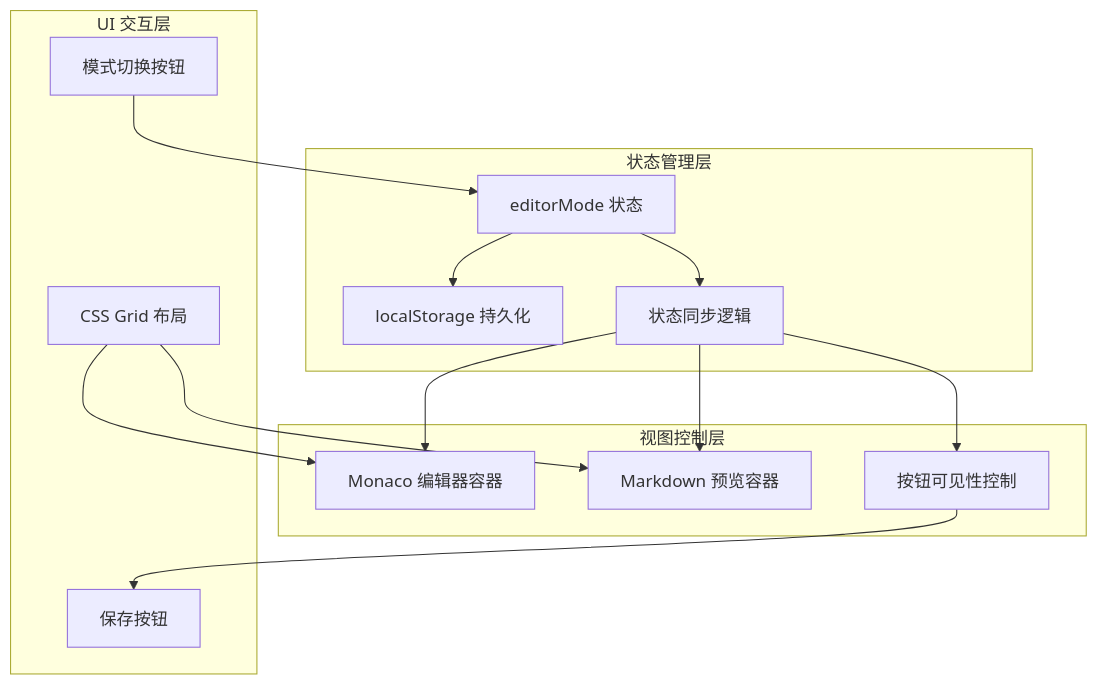
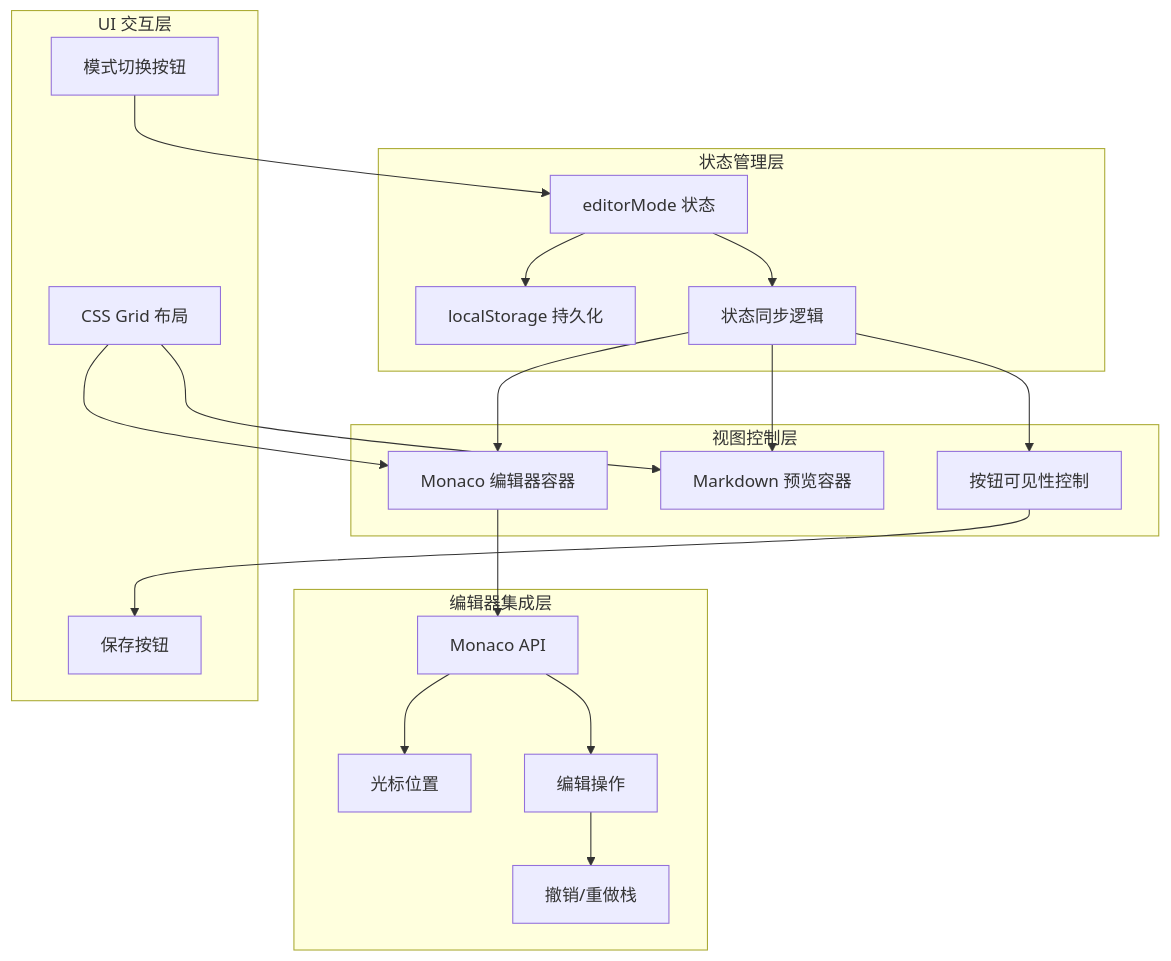
One commit to ppyyr/SystemPromptVault changed the diagram in llmdoc/features/editor-mode-state-management.md. Above: the diagram before and after it, drawn with Mermaid. The commit also changed other lines of this file and 13 other files, not shown here.

````diff
--- a/llmdoc/features/editor-mode-state-management.md
+++ b/llmdoc/features/editor-mode-state-management.md
@@ -11,30 +11,42 @@
 ```mermaid
 graph TB
     subgraph "状态管理层"
         State[editorMode 状态]
         Persist[localStorage 持久化]
         Sync[状态同步逻辑]
     end
 
     subgraph "视图控制层"
         Monaco[Monaco 编辑器容器]
         Preview[Markdown 预览容器]
         Buttons[按钮可见性控制]
+    end
+
+    subgraph "编辑器集成层"
+        MonacoAPI[Monaco API]
+        Position[光标位置]
+        EditOps[编辑操作]
+        UndoRedo[撤销/重做栈]
     end
 
     subgraph "UI 交互层"
         ToggleBtn[模式切换按钮]
         SaveBtn[保存按钮]
         Layout[CSS Grid 布局]
     end
 
     ToggleBtn --> State
     State --> Persist
     State --> Sync
     Sync --> Monaco
     Sync --> Preview
     Sync --> Buttons
     Buttons --> SaveBtn
     Layout --> Monaco
     Layout --> Preview
+
+    Monaco --> MonacoAPI
+    MonacoAPI --> Position
+    MonacoAPI --> EditOps
+    EditOps --> UndoRedo
 ```
````
